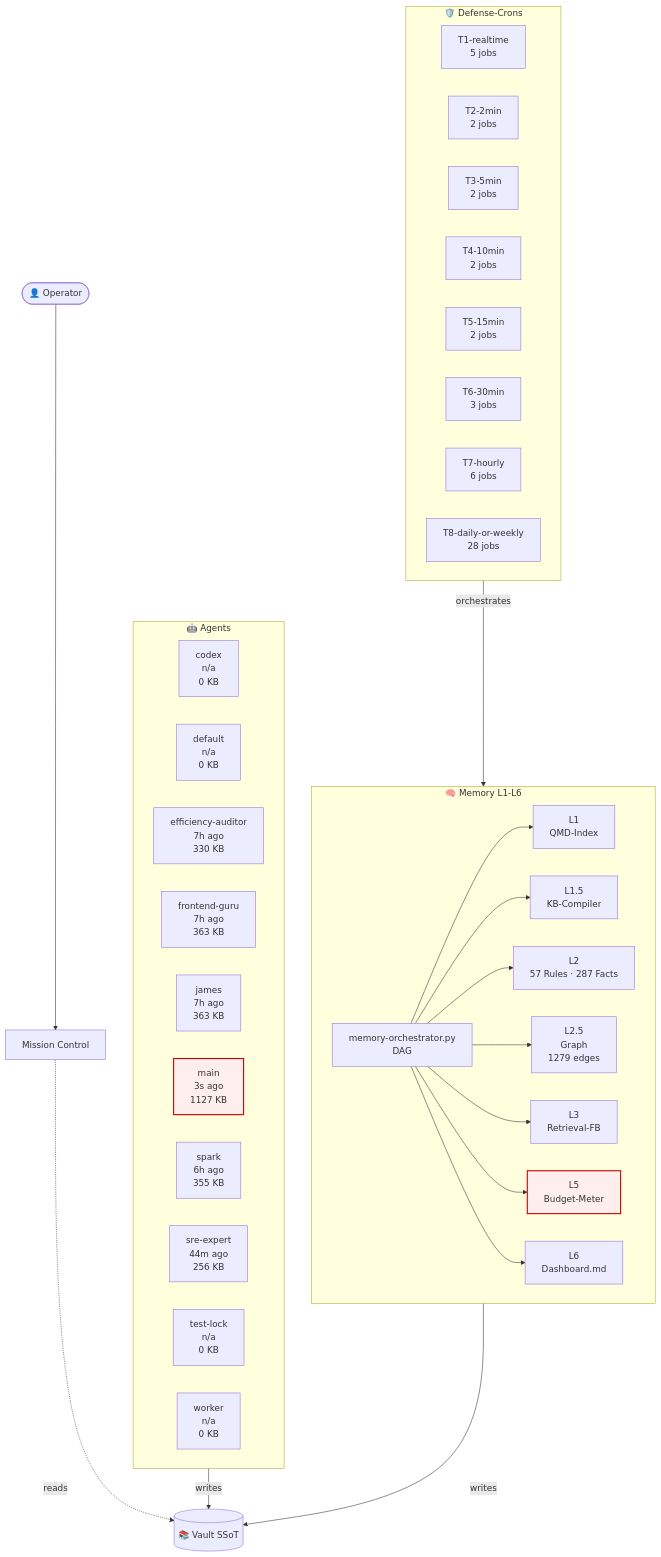
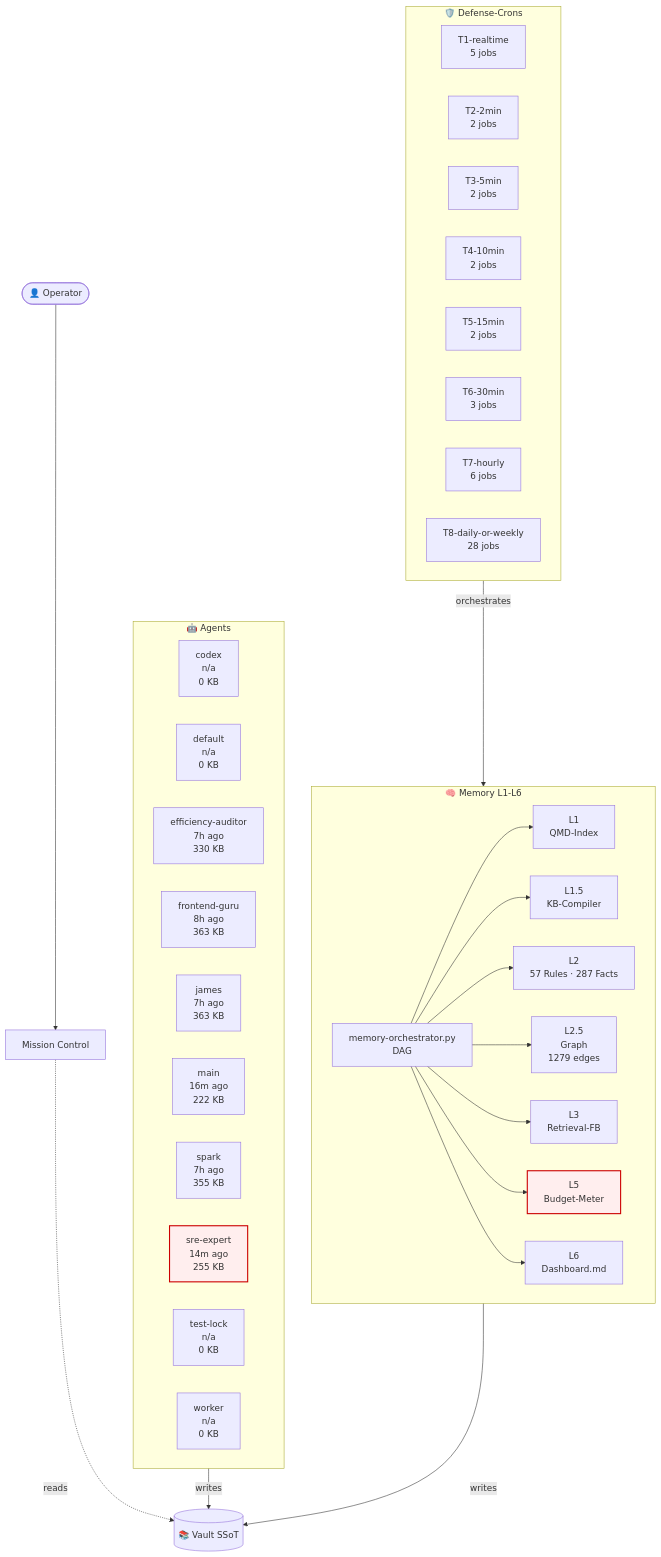
The diagram in 03-Agents/architecture-live.md (lenardhuebner88-rgb/openclaw-memory), drawn with Mermaid before and after one commit. The commit also changed other lines of this file and 14 other files, not shown here.

````diff
--- a/03-Agents/architecture-live.md
+++ b/03-Agents/architecture-live.md
@@ -18,53 +18,53 @@
 ```mermaid
 flowchart TB
     classDef critical fill:#fee,stroke:#c00,stroke-width:2px;
     subgraph AGT["🤖 Agents"]
         agent_codex["codex<br/>n/a<br/>0 KB"]
         agent_default["default<br/>n/a<br/>0 KB"]
         agent_efficiency_auditor["efficiency-auditor<br/>7h ago<br/>330 KB"]
-        agent_frontend_guru["frontend-guru<br/>7h ago<br/>363 KB"]
+        agent_frontend_guru["frontend-guru<br/>8h ago<br/>363 KB"]
         agent_james["james<br/>7h ago<br/>363 KB"]
-        agent_main["main<br/>3s ago<br/>1127 KB"]
-        agent_spark["spark<br/>6h ago<br/>355 KB"]
-        agent_sre_expert["sre-expert<br/>44m ago<br/>256 KB"]
+        agent_main["main<br/>16m ago<br/>222 KB"]
+        agent_spark["spark<br/>7h ago<br/>355 KB"]
+        agent_sre_expert["sre-expert<br/>14m ago<br/>255 KB"]
         agent_test_lock["test-lock<br/>n/a<br/>0 KB"]
         agent_worker["worker<br/>n/a<br/>0 KB"]
     end
     subgraph MEM["🧠 Memory L1-L6"]
         L1["L1<br/>QMD-Index"]
         L15["L1.5<br/>KB-Compiler"]
         L2["L2<br/>57 Rules · 287 Facts"]
         L25["L2.5<br/>Graph<br/>1279 edges"]
         L3["L3<br/>Retrieval-FB"]
         L5["L5<br/>Budget-Meter"]
         L6["L6<br/>Dashboard.md"]
         ORCH["memory-orchestrator.py<br/>DAG"]
     end
     subgraph CRN["🛡️ Defense-Crons"]
         tier_T1_realtime["T1-realtime<br/>5 jobs"]
         tier_T2_2min["T2-2min<br/>2 jobs"]
         tier_T3_5min["T3-5min<br/>2 jobs"]
         tier_T4_10min["T4-10min<br/>2 jobs"]
         tier_T5_15min["T5-15min<br/>2 jobs"]
         tier_T6_30min["T6-30min<br/>3 jobs"]
         tier_T7_hourly["T7-hourly<br/>6 jobs"]
         tier_T8_daily_or_weekly["T8-daily-or-weekly<br/>28 jobs"]
     end
     VAULT[("📚 Vault SSoT")]
     OP([👤 Operator])
     MC["Mission Control"]
     OP --> MC
     MC -.reads.-> VAULT
     AGT -->|writes| VAULT
     MEM -->|writes| VAULT
     ORCH --> L1
     ORCH --> L15
     ORCH --> L2
     ORCH --> L25
     ORCH --> L3
     ORCH --> L5
     ORCH --> L6
     CRN -->|orchestrates| MEM
     class L5 critical
-    class agent_main critical
+    class agent_sre_expert critical
 ```
````
